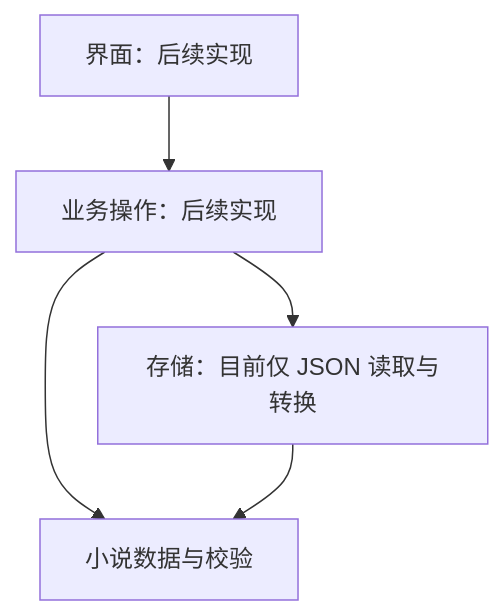
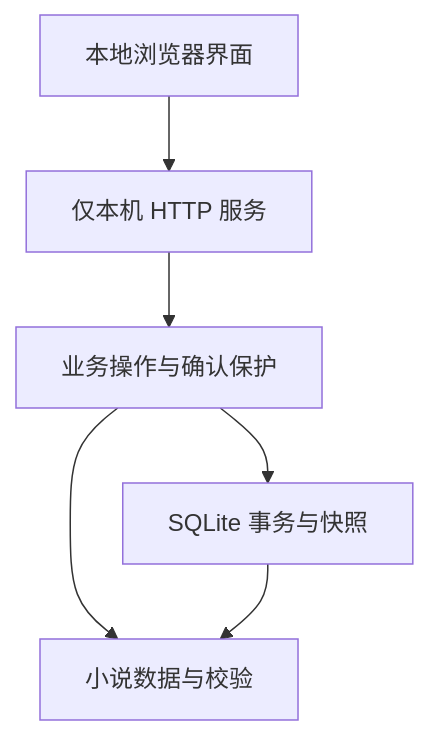
One commit to MoXiao677/AI-Novel-Writer changed the diagram in docs/architecture.md. Above: the diagram before and after it, drawn with Mermaid. The commit also changed other lines of this file and 50 other files, not shown here.

````diff
--- a/docs/architecture.md
+++ b/docs/architecture.md
@@ -16,7 +16,8 @@
 ```mermaid
 flowchart TD
-    UI[界面：后续实现] --> APP[业务操作：后续实现]
+    UI[本地浏览器界面] --> HTTP[仅本机 HTTP 服务]
+    HTTP --> APP[业务操作与确认保护]
     APP --> DOMAIN[小说数据与校验]
-    APP --> STORAGE[存储：目前仅 JSON 读取与转换]
+    APP --> STORAGE[SQLite 事务与快照]
     STORAGE --> DOMAIN
 ```
````
